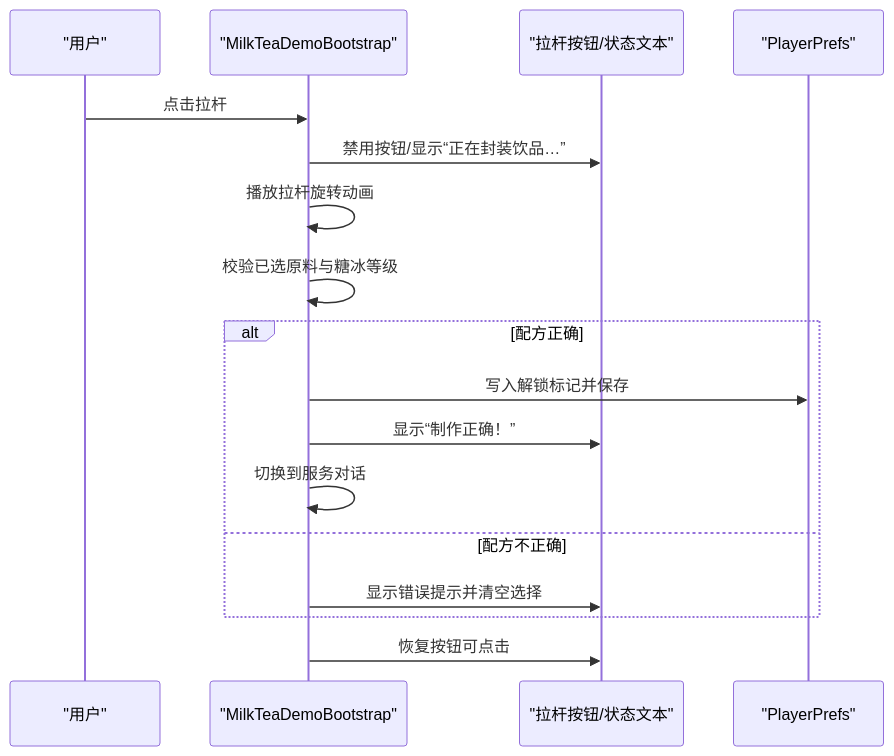
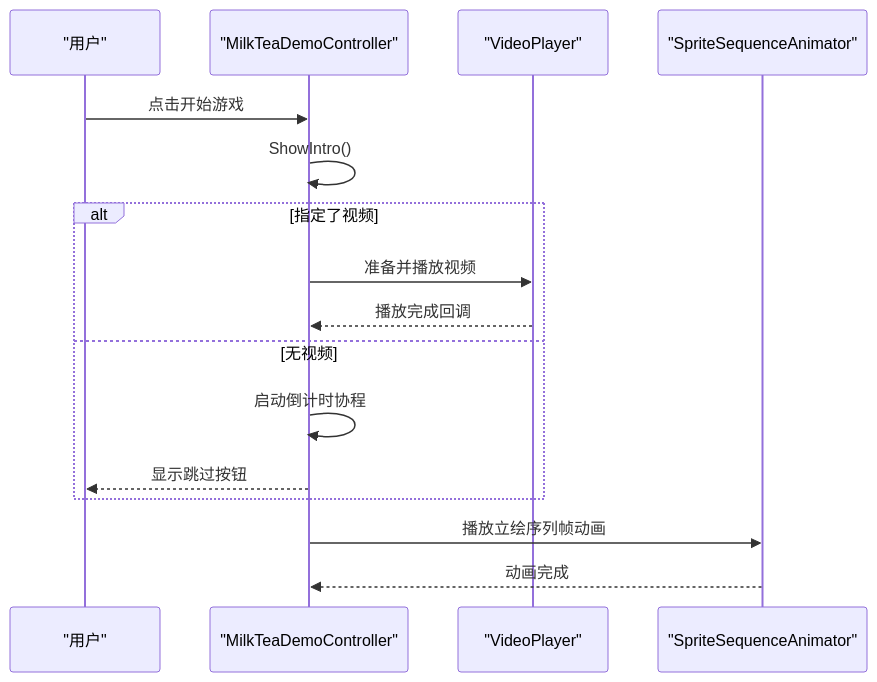
Before and after one commit to Thanatos42/-demo: the fifth of 6 diagrams in .qoder/repowiki/zh/content/扩展开发指南.md, drawn with Mermaid. The commit also changed other lines of this file and 56 other files, not shown here.

````diff
--- a/.qoder/repowiki/zh/content/扩展开发指南.md
+++ b/.qoder/repowiki/zh/content/扩展开发指南.md
@@ -160,19 +175,18 @@
 ```mermaid
 sequenceDiagram
 participant U as "用户"
-participant B as "MilkTeaDemoBootstrap"
-participant UI as "拉杆按钮/状态文本"
-participant S as "PlayerPrefs"
-U->>B : 点击拉杆
-B->>UI : 禁用按钮/显示“正在封装饮品…”
-B->>B : 播放拉杆旋转动画
-B->>B : 校验已选原料与糖冰等级
-alt 配方正确
-B->>S : 写入解锁标记并保存
-B->>UI : 显示“制作正确！”
-B->>B : 切换到服务对话
-else 配方不正确
-B->>UI : 显示错误提示并清空选择
+participant C as "MilkTeaDemoController"
+participant V as "VideoPlayer"
+participant A as "SpriteSequenceAnimator"
+U->>C : 点击开始游戏
+C->>C : ShowIntro()
+alt 指定了视频
+C->>V : 准备并播放视频
+V-->>C : 播放完成回调
+else 无视频
+C->>C : 启动倒计时协程
+C-->>U : 显示跳过按钮
 end
-B->>UI : 恢复按钮可点击
+C->>A : 播放立绘序列帧动画
+A-->>C : 动画完成
 ```
````
